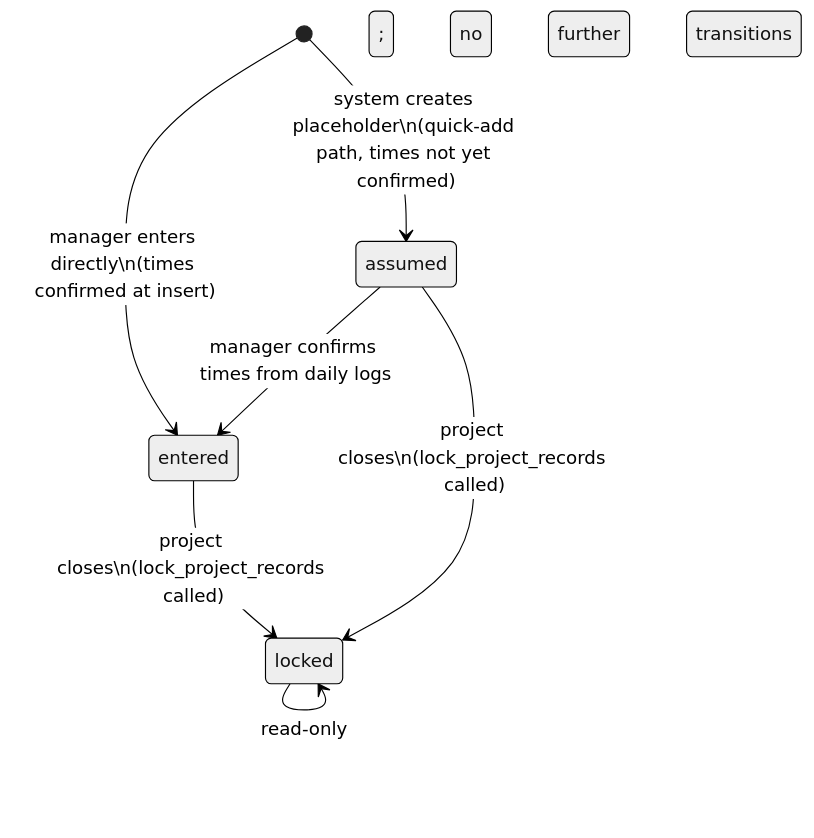
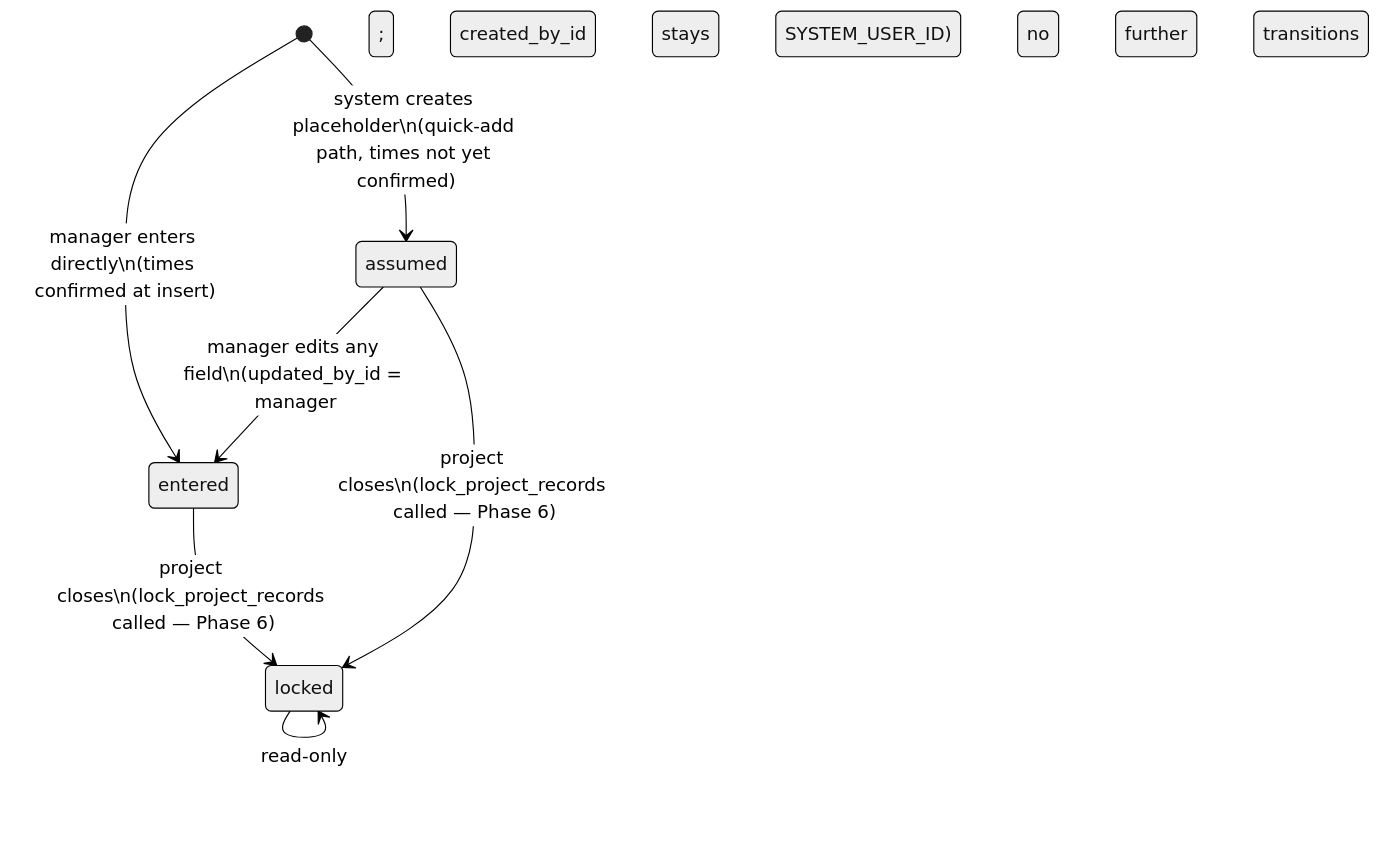
One commit to crumbcake42/sca-ih-tracker changed the diagram in backend/app/time_entries/README.md. Above: the diagram before and after it, drawn with Mermaid (neutral theme). The commit also changed other lines of this file and 17 other files, not shown here.

````diff
--- a/backend/app/time_entries/README.md
+++ b/backend/app/time_entries/README.md
@@ -15,9 +13,9 @@
 ```mermaid
 stateDiagram-v2
     [*] --> assumed : system creates placeholder\n(quick-add path, times not yet confirmed)
     [*] --> entered : manager enters directly\n(times confirmed at insert)
-    assumed --> entered : manager confirms times from daily logs
-    entered --> locked : project closes\n(lock_project_records called)
-    assumed --> locked : project closes\n(lock_project_records called)
+    assumed --> entered : manager edits any field\n(updated_by_id = manager; created_by_id stays SYSTEM_USER_ID)
+    entered --> locked : project closes\n(lock_project_records called — Phase 6)
+    assumed --> locked : project closes\n(lock_project_records called — Phase 6)
     locked --> locked : read-only; no further transitions
 ```
````
